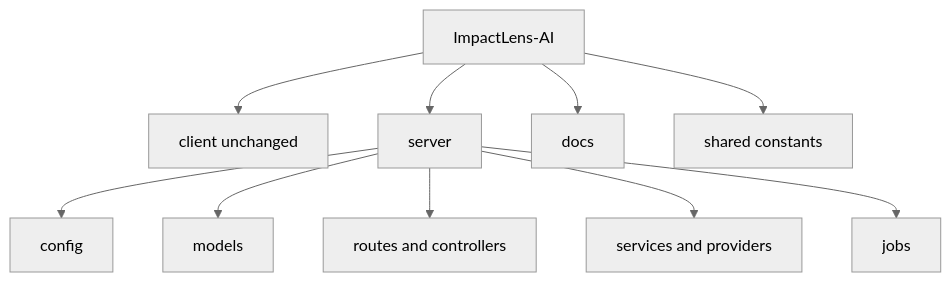
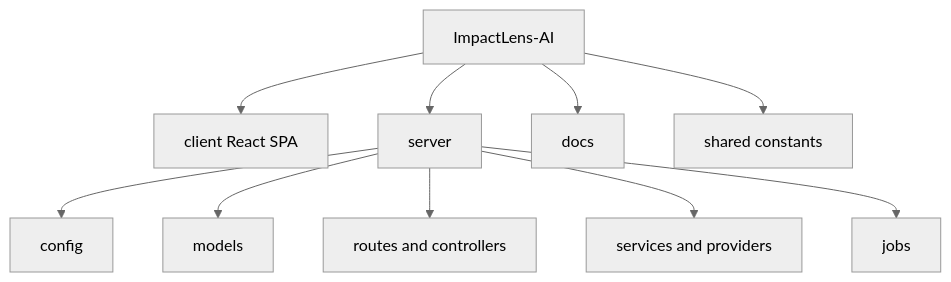
Before and after one commit to Chirag240105/ImpactLens-AI: the third of 13 diagrams in README.md, drawn with Mermaid (neutral theme). The commit also changed other lines of this file and 5 other files, not shown here.

````diff
--- a/README.md
+++ b/README.md
@@ -59,12 +60,12 @@
 ```mermaid
 flowchart TD
-  Repo[ImpactLens-AI] --> Client[client unchanged]
+  Repo[ImpactLens-AI] --> Client[client React SPA]
   Repo --> Server[server]
   Server --> Config[config]
   Server --> Models[models]
   Server --> Routes[routes and controllers]
   Server --> Services[services and providers]
   Server --> Jobs[jobs]
   Repo --> Docs[docs]
   Repo --> Shared[shared constants]
 ```
````
